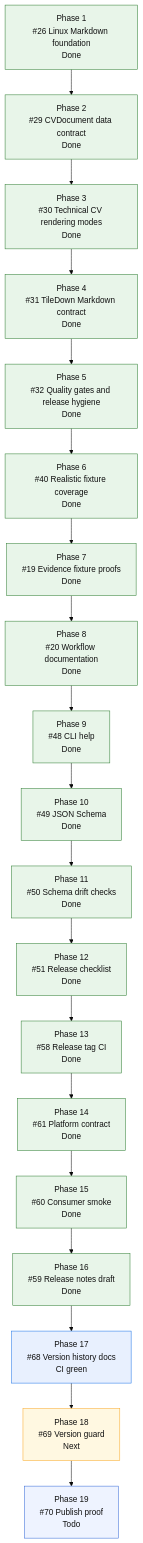
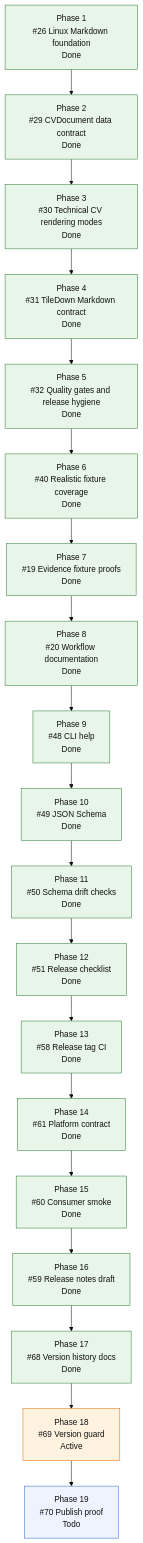
Before and after one commit to mihaelamj/cvbuilder: the diagram in README.md, drawn with Mermaid (base theme). The commit also changed other lines of this file and 7 other files, not shown here.

Commit message:
ci(release): add release version guard

````diff
--- a/README.md
+++ b/README.md
@@ -169,36 +169,36 @@
 ```mermaid
 flowchart TD
     P1["Phase 1<br/>#26 Linux Markdown foundation<br/>Done"]
     P2["Phase 2<br/>#29 CVDocument data contract<br/>Done"]
     P3["Phase 3<br/>#30 Technical CV rendering modes<br/>Done"]
     P4["Phase 4<br/>#31 TileDown Markdown contract<br/>Done"]
     P5["Phase 5<br/>#32 Quality gates and release hygiene<br/>Done"]
     P6["Phase 6<br/>#40 Realistic fixture coverage<br/>Done"]
     P7["Phase 7<br/>#19 Evidence fixture proofs<br/>Done"]
     P8["Phase 8<br/>#20 Workflow documentation<br/>Done"]
     P9["Phase 9<br/>#48 CLI help<br/>Done"]
     P10["Phase 10<br/>#49 JSON Schema<br/>Done"]
     P11["Phase 11<br/>#50 Schema drift checks<br/>Done"]
     P12["Phase 12<br/>#51 Release checklist<br/>Done"]
     P13["Phase 13<br/>#58 Release tag CI<br/>Done"]
     P14["Phase 14<br/>#61 Platform contract<br/>Done"]
     P15["Phase 15<br/>#60 Consumer smoke<br/>Done"]
     P16["Phase 16<br/>#59 Release notes draft<br/>Done"]
-    P17["Phase 17<br/>#68 Version history docs<br/>CI green"]
-    P18["Phase 18<br/>#69 Version guard<br/>Next"]
+    P17["Phase 17<br/>#68 Version history docs<br/>Done"]
+    P18["Phase 18<br/>#69 Version guard<br/>Active"]
     P19["Phase 19<br/>#70 Publish proof<br/>Todo"]
 
     P1 --> P2 --> P3 --> P4 --> P5 --> P6 --> P7 --> P8 --> P9 --> P10 --> P11 --> P12 --> P13 --> P14 --> P15 --> P16 --> P17 --> P18 --> P19
 
     classDef done fill:#e8f5e9,stroke:#2e7d32,color:#111;
     classDef active fill:#fff3e0,stroke:#ef6c00,color:#111;
     classDef review fill:#e8f0fe,stroke:#1a73e8,color:#111;
     classDef next fill:#fff8e1,stroke:#f9a825,color:#111;
     classDef partial fill:#e0f7fa,stroke:#00838f,color:#111;
     classDef todo fill:#eef3ff,stroke:#3367d6,color:#111;
     class P1,P2,P3,P4 done;
     class P5,P6,P7,P8,P9,P10,P11,P12,P13,P14,P15,P16 done;
-    class P17 review;
-    class P18 next;
+    class P17 done;
+    class P18 active;
     class P19 todo;
 ```
````
